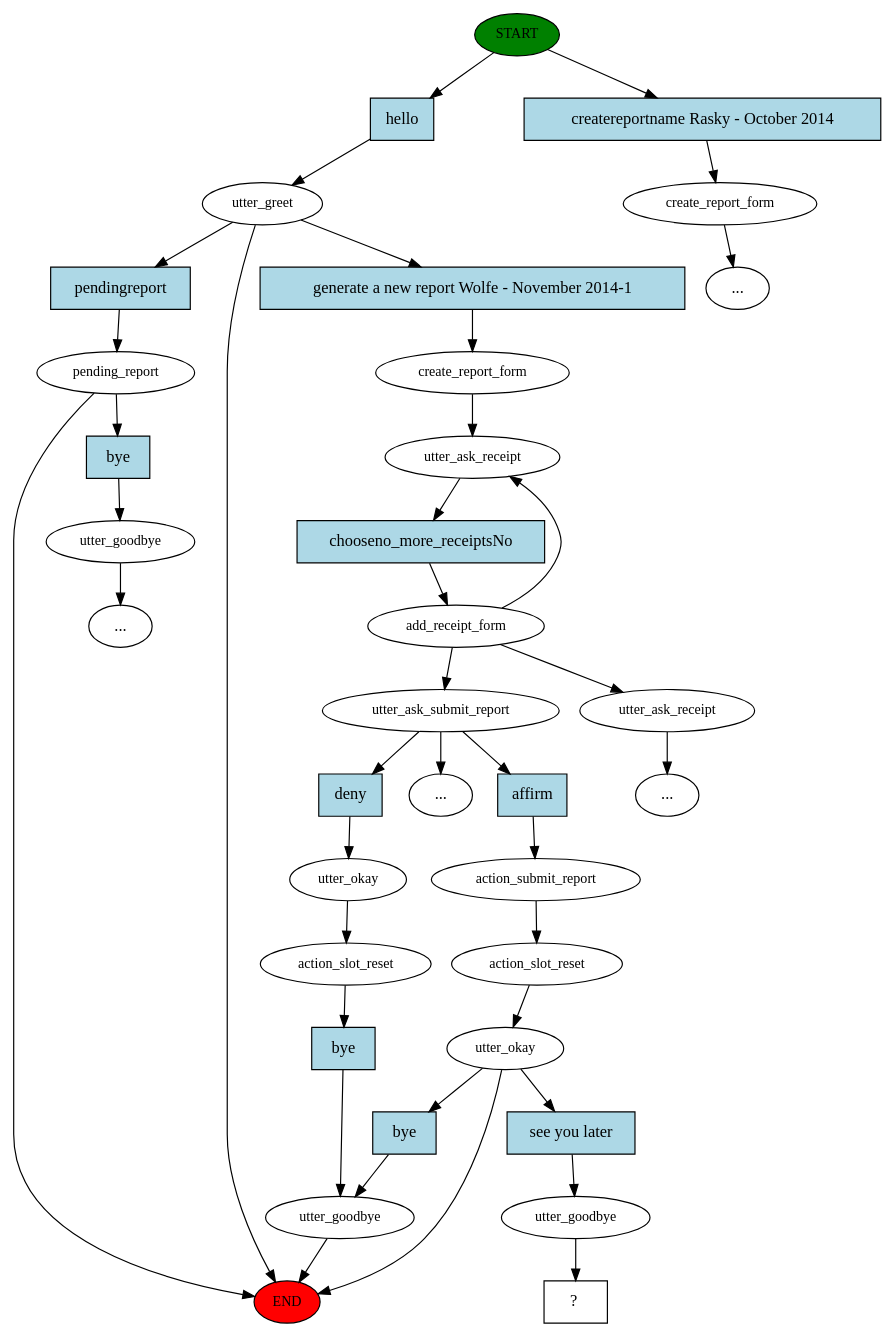
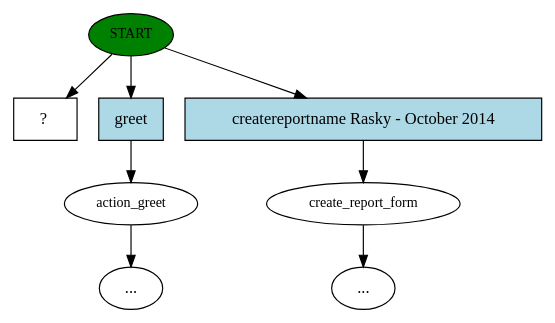
One commit to suryavamsi1563/working_chat_bot changed the diagram in story_graph.dot. Above: the diagram before and after it, drawn with Graphviz. The commit also changed 20 other files, not shown here.

```diff
--- a/story_graph.dot
+++ b/story_graph.dot
@@ -1,74 +1,17 @@
 digraph  {
 0 [class="start active", fillcolor=green, fontsize=12, label=START, style=filled];
-"-1" [class=end, fillcolor=red, fontsize=12, label=END, style=filled];
-1 [class=active, fontsize=12, label=utter_greet];
-3 [class="", fontsize=12, label=pending_report];
-4 [class="", fontsize=12, label=utter_goodbye];
-"-3" [class=ellipsis, label="..."];
-8 [class=active, fontsize=12, label=create_report_form];
-9 [class=active, fontsize=12, label=utter_ask_receipt];
-10 [class=active, fontsize=12, label=add_receipt_form];
-13 [class=active, fontsize=12, label=utter_ask_submit_report];
-27 [class="", fontsize=12, label=utter_ask_receipt];
-33 [class=active, fontsize=12, label=action_submit_report];
-34 [class=active, fontsize=12, label=action_slot_reset];
-35 [class=active, fontsize=12, label=utter_okay];
-36 [class="", fontsize=12, label=create_report_form];
-"-8" [class=ellipsis, label="..."];
-51 [class="", fontsize=12, label=utter_okay];
-52 [class="", fontsize=12, label=action_slot_reset];
-53 [class="", fontsize=12, label=utter_goodbye];
-"-11" [class=ellipsis, label="..."];
-"-12" [class=ellipsis, label="..."];
-79 [class=active, fontsize=12, label=utter_goodbye];
-80 [class="intent dashed active", label="  ?  ", shape=rect];
-81 [class="intent active", fillcolor=lightblue, label=hello, shape=rect, style=filled];
-82 [class=intent, fillcolor=lightblue, label="createreportname Rasky - October 2014", shape=rect, style=filled];
-83 [class=intent, fillcolor=lightblue, label=pendingreport, shape=rect, style=filled];
-84 [class="intent active", fillcolor=lightblue, label="generate a new report Wolfe - November 2014-1", shape=rect, style=filled];
-85 [class=intent, fillcolor=lightblue, label=bye, shape=rect, style=filled];
-86 [class="intent active", fillcolor=lightblue, label=chooseno_more_receiptsNo, shape=rect, style=filled];
-87 [class="intent active", fillcolor=lightblue, label=affirm, shape=rect, style=filled];
-88 [class=intent, fillcolor=lightblue, label=deny, shape=rect, style=filled];
-89 [class="intent active", fillcolor=lightblue, label="see you later", shape=rect, style=filled];
-90 [class=intent, fillcolor=lightblue, label=bye, shape=rect, style=filled];
-91 [class=intent, fillcolor=lightblue, label=bye, shape=rect, style=filled];
-0 -> 81  [class=active, key=0];
-0 -> 82  [class="", key=0];
-1 -> "-1"  [class="", key=NONE, label=""];
-1 -> 83  [class="", key=0];
-1 -> 84  [class=active, key=0];
-3 -> "-1"  [class="", key=NONE, label=""];
-3 -> 85  [class="", key=0];
-4 -> "-3"  [class="", key=NONE, label=""];
-8 -> 9  [class=active, key=NONE, label=""];
-9 -> 86  [class=active, key=0];
-10 -> 9  [class="", key=NONE, label=""];
-10 -> 13  [class=active, key=NONE, label=""];
-10 -> 27  [class="", key=NONE, label=""];
-13 -> "-12"  [class="", key=NONE, label=""];
-13 -> 87  [class=active, key=0];
-13 -> 88  [class="", key=0];
-27 -> "-8"  [class="", key=NONE, label=""];
-33 -> 34  [class=active, key=NONE, label=""];
-34 -> 35  [class=active, key=NONE, label=""];
-35 -> "-1"  [class="", key=NONE, label=""];
-35 -> 89  [class=active, key=0];
-35 -> 90  [class="", key=0];
-36 -> "-11"  [class="", key=NONE, label=""];
-51 -> 52  [class="", key=NONE, label=""];
-52 -> 91  [class="", key=0];
-53 -> "-1"  [class="", key=NONE, label=""];
-79 -> 80  [class=active, key=NONE, label=""];
-81 -> 1  [class=active, key=0];
-82 -> 36  [class="", key=0];
-83 -> 3  [class="", key=0];
-84 -> 8  [class=active, key=0];
-85 -> 4  [class="", key=0];
-86 -> 10  [class=active, key=0];
-87 -> 33  [class=active, key=0];
-88 -> 51  [class="", key=0];
-89 -> 79  [class=active, key=0];
-90 -> 53  [class="", key=0];
-91 -> 53  [class="", key=0];
+1 [class="", fontsize=12, label=action_greet];
+8 [class="", fontsize=12, label=create_report_form];
+"-16" [class=ellipsis, label="..."];
+"-21" [class=ellipsis, label="..."];
+20 [class="intent dashed active", label="  ?  ", shape=rect];
+21 [class=intent, fillcolor=lightblue, label=greet, shape=rect, style=filled];
+22 [class=intent, fillcolor=lightblue, label="createreportname Rasky - October 2014", shape=rect, style=filled];
+0 -> 20  [class=active, key=NONE, label=""];
+0 -> 21  [class="", key=0];
+0 -> 22  [class="", key=0];
+1 -> "-21"  [class="", key=NONE, label=""];
+8 -> "-16"  [class="", key=NONE, label=""];
+21 -> 1  [class="", key=0];
+22 -> 8  [class="", key=0];
 }
```
